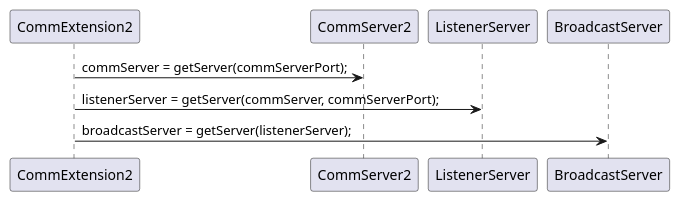
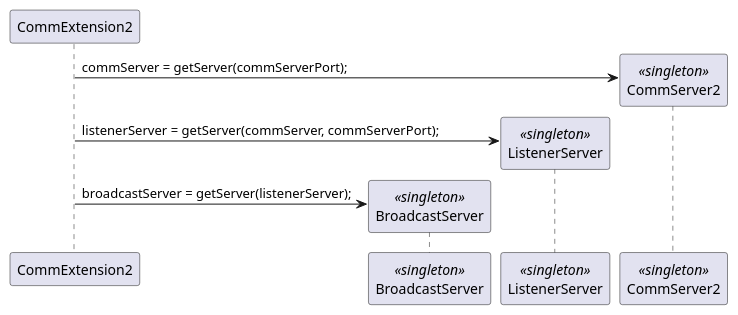
One commit to PeFerreira98/ISEP.Lic.LAPR4_2017 changed the diagram in src/main/java/lapr4/green/s1/ipc/n1151211/comm/CommExtension2.puml. Above: the diagram before and after it, drawn with PlantUML. The commit also changed 4 other files, not shown here.

```diff
--- a/src/main/java/lapr4/green/s1/ipc/n1151211/comm/CommExtension2.puml
+++ b/src/main/java/lapr4/green/s1/ipc/n1151211/comm/CommExtension2.puml
@@ -1,15 +1,17 @@
 @startuml
     participant "CommExtension2"
-    participant "CommServer2"
-    participant "ListenerServer"
-    participant "BroadcastServer"
+    participant "BroadcastServer"  <<singleton>>
+    participant "ListenerServer"  <<singleton>>
+    participant "CommServer2"  <<singleton>>
 
 
-
+    create CommServer2
     CommExtension2 -> CommServer2 : commServer = getServer(commServerPort);
 
+    create ListenerServer
     CommExtension2 -> ListenerServer : listenerServer = getServer(commServer, commServerPort);
 
+    create BroadcastServer
     CommExtension2 -> BroadcastServer : broadcastServer = getServer(listenerServer);
 
 @enduml
```
